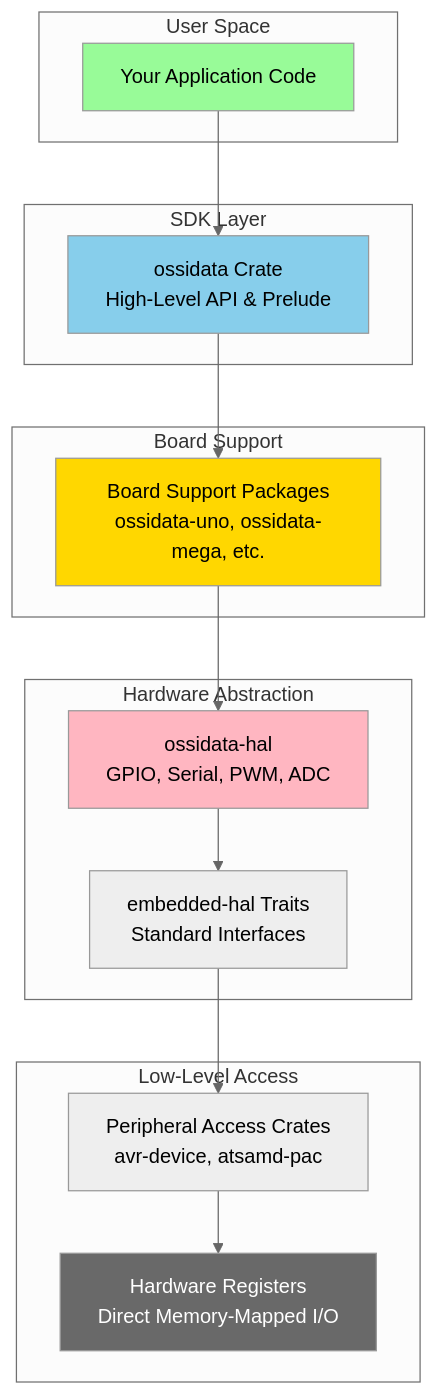
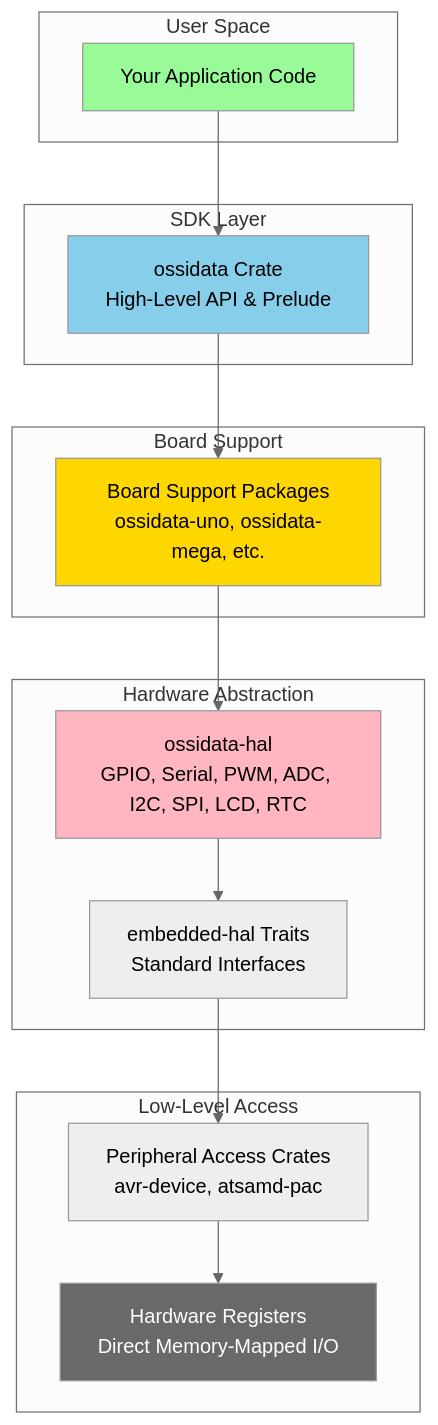
One commit to ScopeCreep-zip/ossidata changed the first of 11 diagrams in docs/ARCHITECTURE.md. Above: the diagram before and after it, drawn with Mermaid (neutral theme). The commit also changed other lines of this file and 38 other files, not shown here.

````diff
--- a/docs/ARCHITECTURE.md
+++ b/docs/ARCHITECTURE.md
@@ -30,37 +30,37 @@
 ```mermaid
 graph TB
     subgraph "User Space"
         A[Your Application Code]
     end
 
     subgraph "SDK Layer"
         B[ossidata Crate<br/>High-Level API & Prelude]
     end
 
     subgraph "Board Support"
         C[Board Support Packages<br/>ossidata-uno, ossidata-mega, etc.]
     end
 
     subgraph "Hardware Abstraction"
-        D[ossidata-hal<br/>GPIO, Serial, PWM, ADC]
+        D[ossidata-hal<br/>GPIO, Serial, PWM, ADC, I2C, SPI, LCD, RTC]
         E[embedded-hal Traits<br/>Standard Interfaces]
     end
 
     subgraph "Low-Level Access"
         F[Peripheral Access Crates<br/>avr-device, atsamd-pac]
         G[Hardware Registers<br/>Direct Memory-Mapped I/O]
     end
 
     A --> B
     B --> C
     C --> D
     D --> E
     E --> F
     F --> G
 
     style A fill:#98FB98
     style B fill:#87CEEB
     style C fill:#FFD700
     style D fill:#FFB6C1
     style G fill:#696969,color:#FFF
 ```
````
